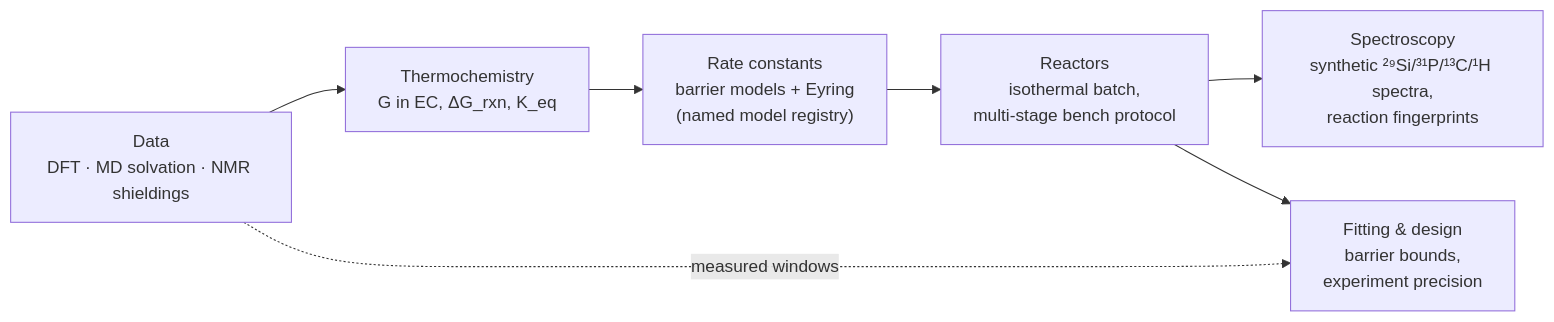
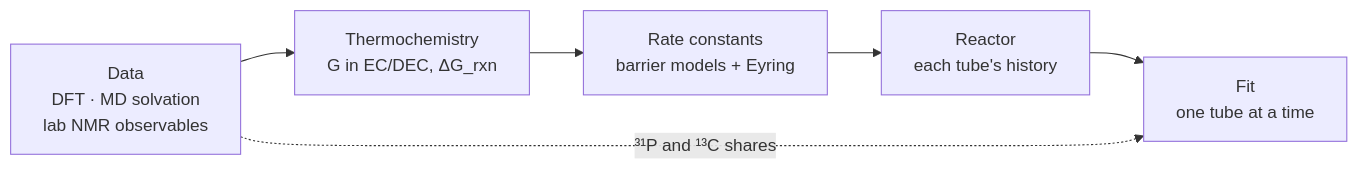
One commit to yralcaraz/atom-to-reactor changed the diagram in README.md. Above: the diagram before and after it, drawn with Mermaid. The commit also changed other lines of this file and 37 other files, not shown here.

````diff
--- a/README.md
+++ b/README.md
@@ -17,9 +22,8 @@
 ```mermaid
 flowchart LR
-    DATA["Data<br/>DFT · MD solvation · NMR shieldings<br/>"] --> THERMO["Thermochemistry<br/>G in EC, ΔG_rxn, K_eq"]
-    THERMO --> RATES["Rate constants<br/>barrier models + Eyring<br/>(named model registry)"]
-    RATES --> REACTOR["Reactors<br/>isothermal batch,<br/>multi-stage bench protocol"]
-    REACTOR --> NMR["Spectroscopy<br/>synthetic ²⁹Si/³¹P/¹³C/¹H spectra,<br/>reaction fingerprints"]
-    REACTOR --> FIT["Fitting & design<br/>barrier bounds,<br/>experiment precision"]
-    DATA -. "measured windows" .-> FIT
+    DATA["Data<br/>DFT · MD solvation<br/>lab NMR observables"] --> THERMO["Thermochemistry<br/>G in EC/DEC, ΔG_rxn"]
+    THERMO --> RATES["Rate constants<br/>barrier models + Eyring"]
+    RATES --> REACTOR["Reactor<br/>each tube's history"]
+    REACTOR --> FIT["Fit<br/>one tube at a time"]
+    DATA -. "³¹P and ¹³C shares" .-> FIT
 ```
````
